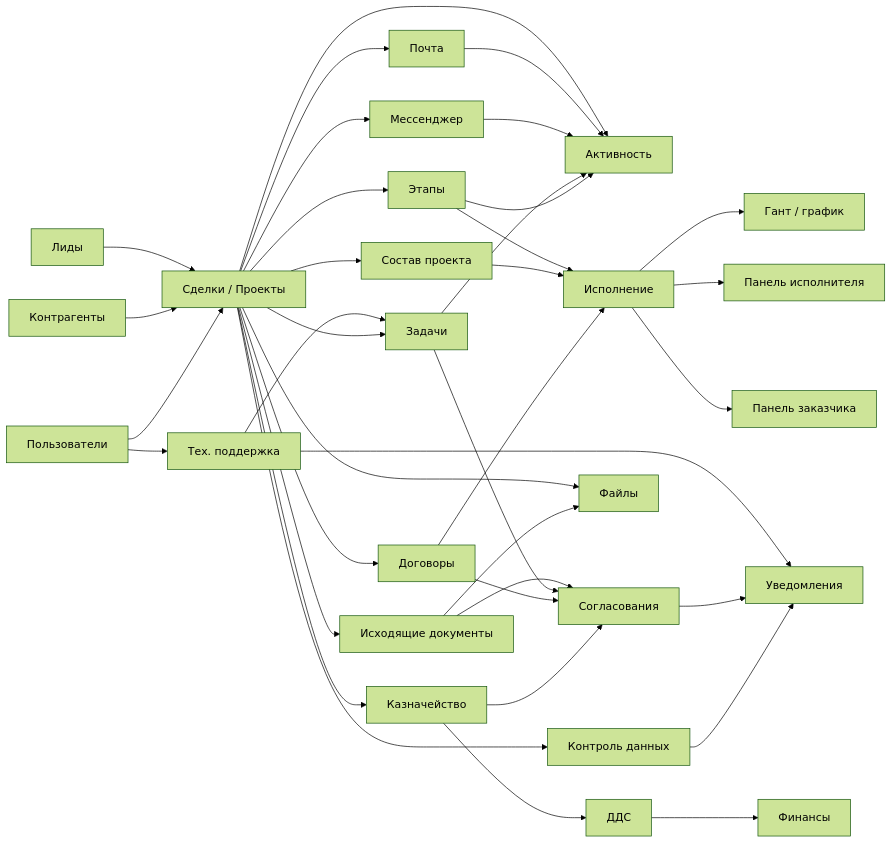
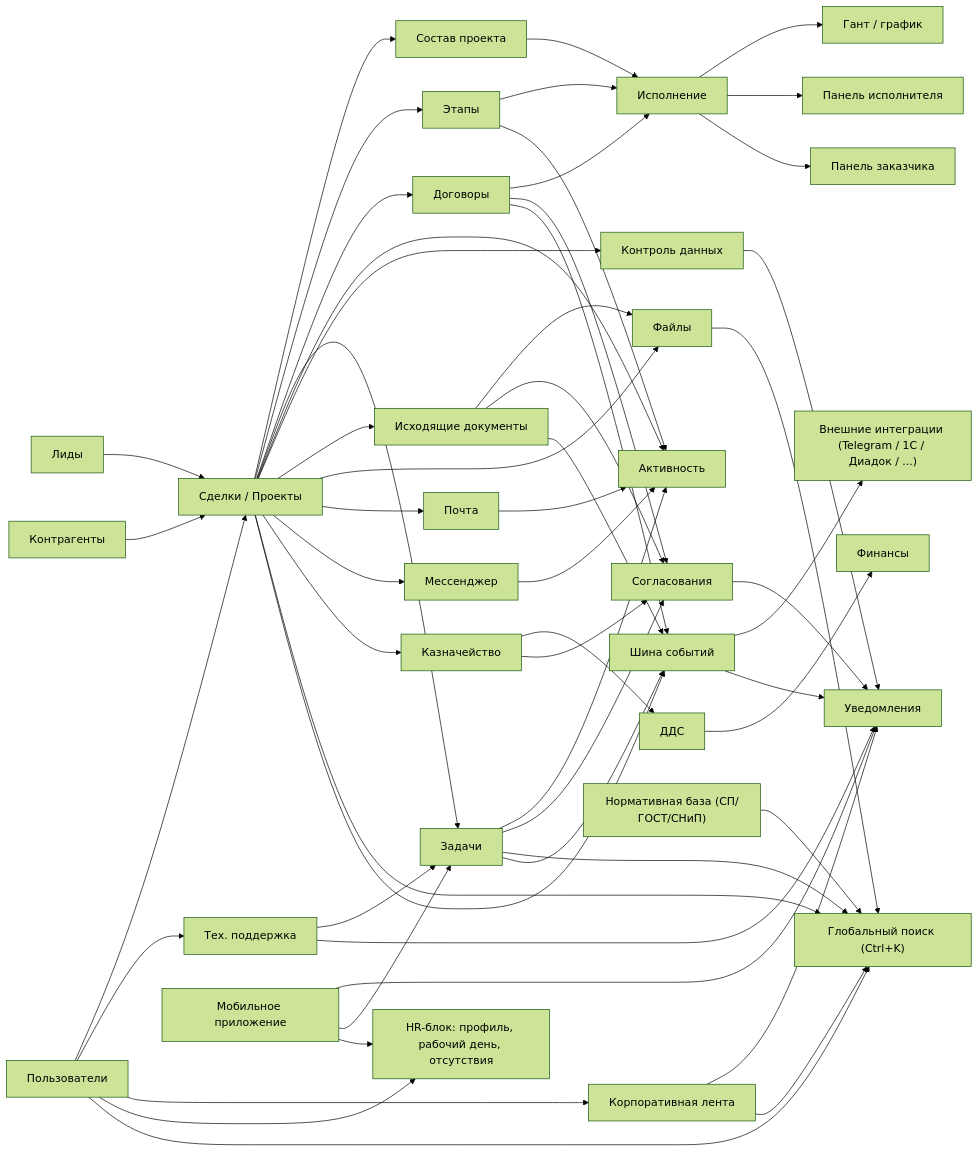
One commit to Illaevs/MPB changed the first of 7 diagrams in docs/ADMIN_VISUAL_SYSTEM_MAP.md. Above: the diagram before and after it, drawn with Mermaid (forest theme). The commit also changed other lines of this file and 7 other files, not shown here.

````diff
--- a/docs/ADMIN_VISUAL_SYSTEM_MAP.md
+++ b/docs/ADMIN_VISUAL_SYSTEM_MAP.md
@@ -20,47 +20,72 @@
 ```mermaid
 flowchart LR
     Leads["Лиды"] --> Deals["Сделки / Проекты"]
     Companies["Контрагенты"] --> Deals
     Users["Пользователи"] --> Deals
     Users --> Support["Тех. поддержка"]
     Support --> Tasks
     Support --> Notifications
 
     Deals --> Composition["Состав проекта"]
     Deals --> Stages["Этапы"]
     Deals --> Contracts["Договоры"]
     Deals --> Tasks["Задачи"]
     Deals --> Activity["Активность"]
     Deals --> DataHealth["Контроль данных"]
 
     Stages --> Execution["Исполнение"]
     Composition --> Execution
     Contracts --> Execution
 
     Execution --> Gantt["Гант / график"]
     Execution --> Executor["Панель исполнителя"]
     Execution --> Customer["Панель заказчика"]
 
     Deals --> Outgoing["Исходящие документы"]
     Deals --> Files["Файлы"]
     Deals --> Mail["Почта"]
     Deals --> Messenger["Мессенджер"]
 
     Outgoing --> Files
     Mail --> Activity
     Messenger --> Activity
     Tasks --> Activity
     Stages --> Activity
 
     Deals --> Treasury["Казначейство"]
     Treasury --> DDS["ДДС"]
     DDS --> Finance["Финансы"]
 
     Outgoing --> Approvals["Согласования"]
     Tasks --> Approvals
     Contracts --> Approvals
     Treasury --> Approvals
 
     Approvals --> Notifications["Уведомления"]
     DataHealth --> Notifications
+
+    Users --> Feed["Корпоративная лента"]
+    Feed --> Notifications
+
+    Users --> HR["HR-блок: профиль, рабочий день, отсутствия"]
+
+    Reglaments["Нормативная база (СП/ГОСТ/СНиП)"]
+
+    Users --> Search["Глобальный поиск (Ctrl+K)"]
+    Deals --> Search
+    Tasks --> Search
+    Reglaments --> Search
+    Feed --> Search
+    Files --> Search
+
+    Deals --> EventBus["Шина событий"]
+    Tasks --> EventBus
+    Contracts --> EventBus
+    Outgoing --> EventBus
+    EventBus --> External["Внешние интеграции (Telegram / 1С / Диадок / ...)"]
+    EventBus --> Notifications
+
+    Mobile["Мобильное приложение"] --> Notifications
+    Mobile --> Tasks
+    Mobile --> HR
 ```
````
